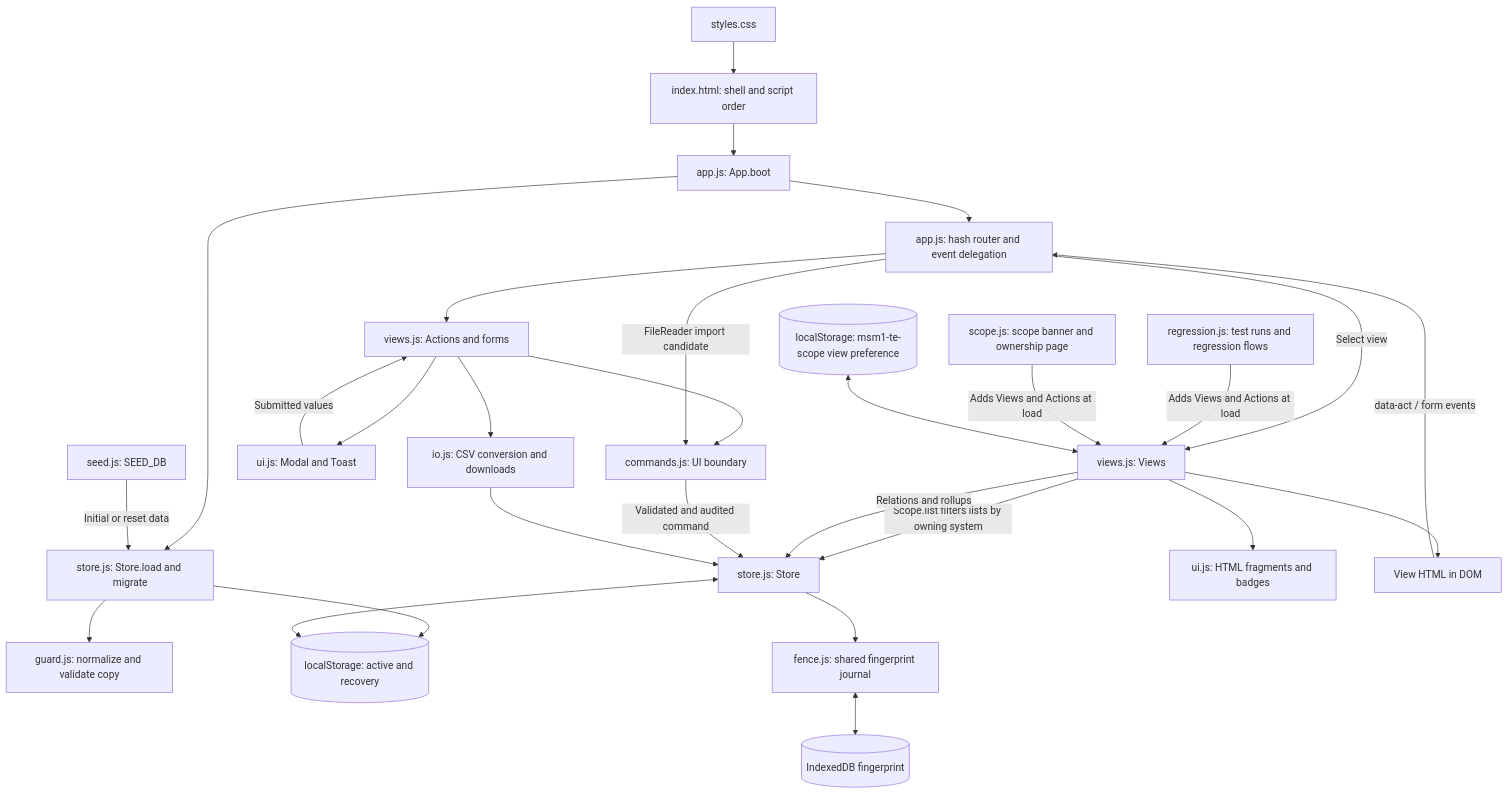
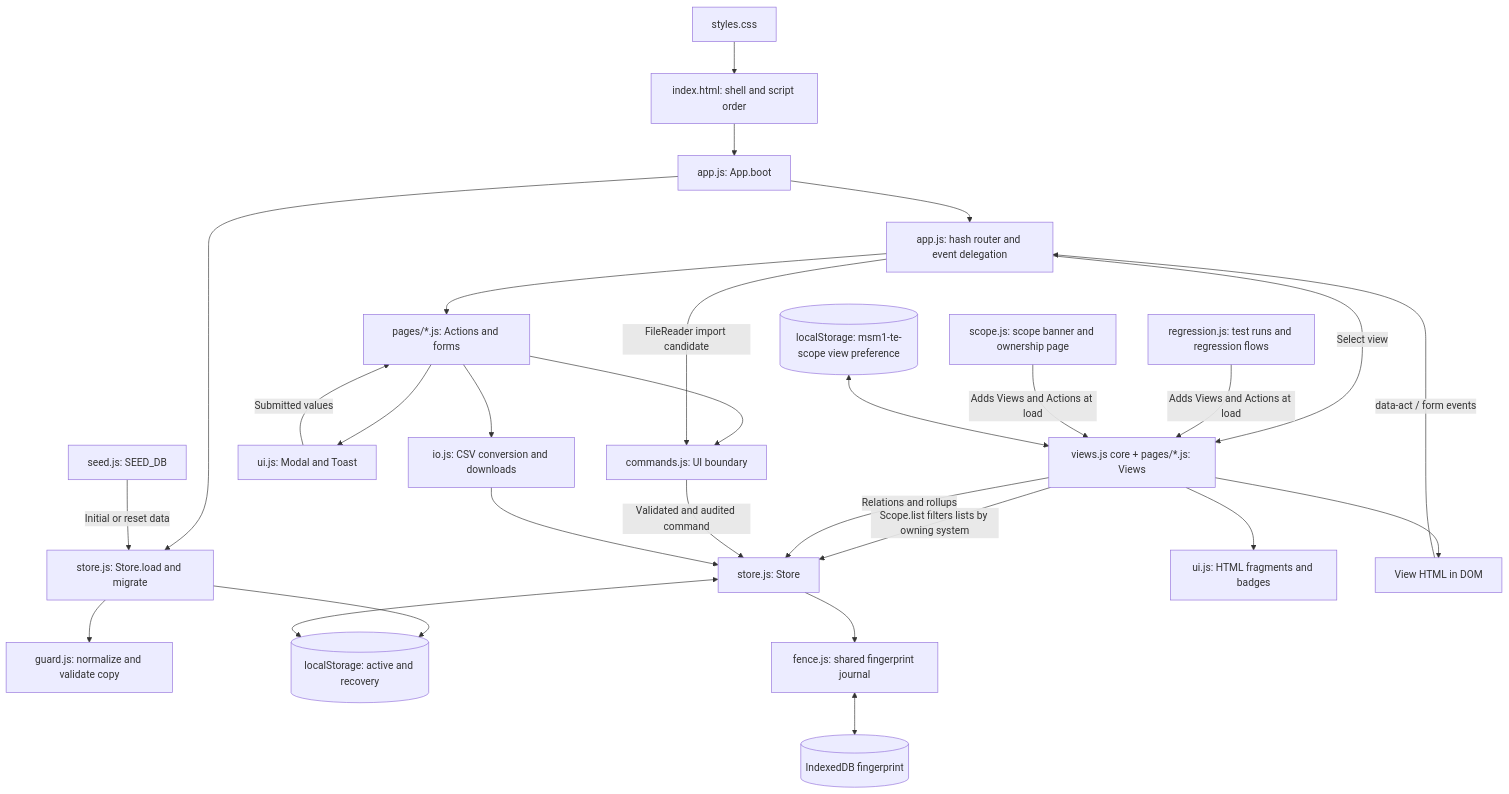
One commit to the6thdimension/MSM-1-Console changed the second of 6 diagrams in docs/ARCHITECTURE.md. Above: the diagram before and after it, drawn with Mermaid. The commit also changed 20 other files, not shown here.

First line of the commit message:
Split views.js into a shared core and one script per page area

````diff
--- a/docs/ARCHITECTURE.md
+++ b/docs/ARCHITECTURE.md
@@ -30,30 +30,30 @@
 ```mermaid
 flowchart TD
   HTML[index.html: shell and script order] --> Boot[app.js: App.boot]
   CSS[styles.css] --> HTML
   Boot --> Load[store.js: Store.load and migrate]
   Seed[seed.js: SEED_DB] -->|Initial or reset data| Load
   Load --> Guard[guard.js: normalize and validate copy]
   Load --> Storage[(localStorage: active and recovery)]
   Boot --> Router[app.js: hash router and event delegation]
-  Router -->|Select view| Views[views.js: Views]
+  Router -->|Select view| Views[views.js core + pages/*.js: Views]
   Regression[regression.js: test runs and regression flows] -->|Adds Views and Actions at load| Views
   ScopeMod[scope.js: scope banner and ownership page] -->|Adds Views and Actions at load| Views
   Views -->|Scope.list filters lists by owning system| Store
   ScopePref[(localStorage: msm1-te-scope view preference)] <--> Views
   Views -->|Relations and rollups| Store[store.js: Store]
   Views --> UI[ui.js: HTML fragments and badges]
   Views --> DOM[View HTML in DOM]
   DOM -->|data-act / form events| Router
-  Router --> Actions[views.js: Actions and forms]
+  Router --> Actions[pages/*.js: Actions and forms]
   Actions --> Modal[ui.js: Modal and Toast]
   Modal -->|Submitted values| Actions
   Actions --> Commands[commands.js: UI boundary]
   Commands -->|Validated and audited command| Store
   Store --> Fence[fence.js: shared fingerprint journal]
   Fence <--> Journal[(IndexedDB fingerprint)]
   Actions --> IO[io.js: CSV conversion and downloads]
   IO --> Store
   Store <--> Storage
   Router -->|FileReader import candidate| Commands
 ```
````
